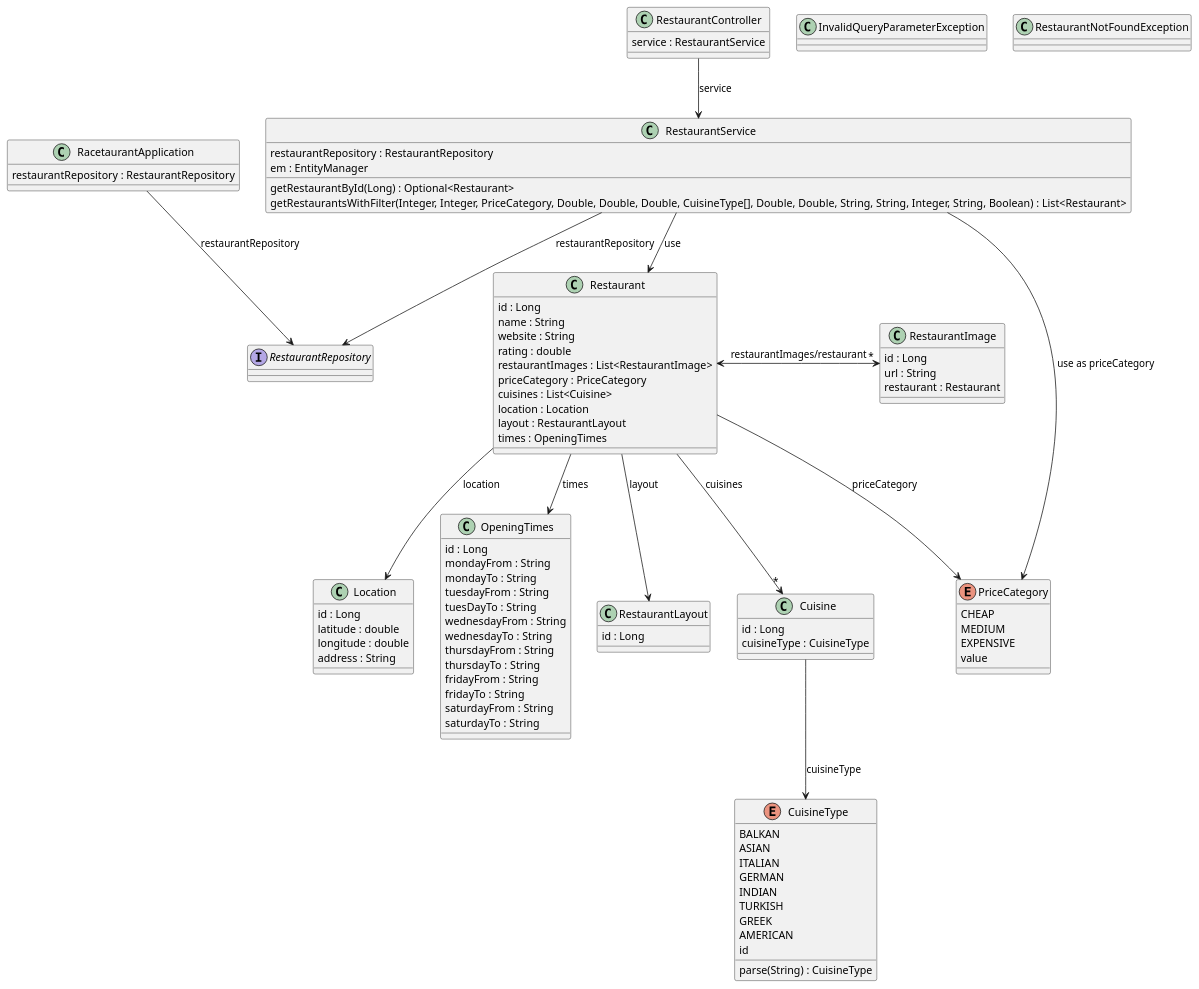
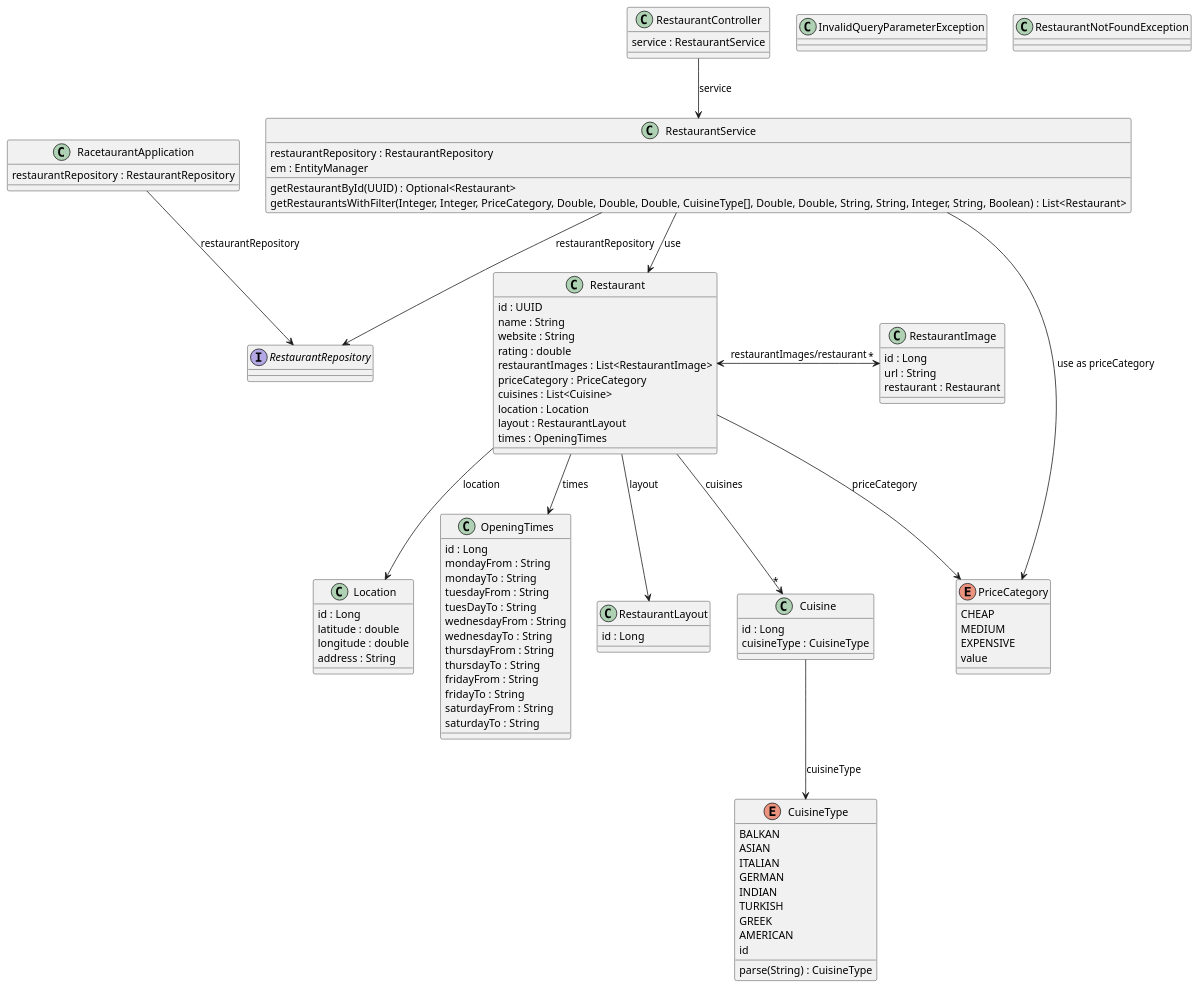
The diagram in docs/analysis_object_model.plantuml (ludwiggr/Racetaurant), drawn with PlantUML before and after one commit. The commit also changed 4 other files, not shown here.

Commit message:
Made Restaurant use UUID as id instead of Long

```diff
--- a/docs/analysis_object_model.plantuml
+++ b/docs/analysis_object_model.plantuml
@@ -1,108 +1,108 @@
 @startuml
 
 class "Cuisine" {
   id : Long
   cuisineType : CuisineType
 }
 
 enum "CuisineType" {
   BALKAN
   ASIAN
   ITALIAN
   GERMAN
   INDIAN
   TURKISH
   GREEK
   AMERICAN
   id
   parse(String) : CuisineType
 }
 
 class "InvalidQueryParameterException"
 
 class "Location" {
   id : Long
   latitude : double
   longitude : double
   address : String
 }
 
 class "OpeningTimes" {
   id : Long
   mondayFrom : String
   mondayTo : String
   tuesdayFrom : String
   tuesDayTo : String
   wednesdayFrom : String
   wednesdayTo : String
   thursdayFrom : String
   thursdayTo : String
   fridayFrom : String
   fridayTo : String
   saturdayFrom : String
   saturdayTo : String
 }
 
 enum "PriceCategory" {
   CHEAP
   MEDIUM
   EXPENSIVE
   value
 }
 
 class "RacetaurantApplication" {
   restaurantRepository : RestaurantRepository
 }
 
 class "Restaurant" {
-  id : Long
+  id : UUID
   name : String
   website : String
   rating : double
   restaurantImages : List<RestaurantImage>
   priceCategory : PriceCategory
   cuisines : List<Cuisine>
   location : Location
   layout : RestaurantLayout
   times : OpeningTimes
 }
 
 class "RestaurantController" {
   service : RestaurantService
 }
 
 class "RestaurantImage" {
   id : Long
   url : String
   restaurant : Restaurant
 }
 
 class "RestaurantLayout" {
   id : Long
 }
 
 class "RestaurantNotFoundException"
 
 interface "RestaurantRepository"
 
 class "RestaurantService" {
   restaurantRepository : RestaurantRepository
   em : EntityManager
-  getRestaurantById(Long) : Optional<Restaurant>
+  getRestaurantById(UUID) : Optional<Restaurant>
   getRestaurantsWithFilter(Integer, Integer, PriceCategory, Double, Double, Double, CuisineType[], Double, Double, String, String, Integer, String, Boolean) : List<Restaurant>
 }
 
 "Cuisine" --> "CuisineType" : cuisineType
 "RacetaurantApplication" --> "RestaurantRepository" : restaurantRepository
 "RestaurantController" --> "RestaurantService" : service
 "Restaurant" --> "*" "Cuisine" : cuisines
 "Restaurant" --> "Location" : location
 "Restaurant" --> "OpeningTimes" : times
 "Restaurant" --> "PriceCategory" : priceCategory
 "Restaurant" <-> "*" "RestaurantImage" : restaurantImages/restaurant
 "Restaurant" --> "RestaurantLayout" : layout
 "RestaurantService" --> "PriceCategory" : use as priceCategory
 "RestaurantService" --> "Restaurant" : use
 "RestaurantService" --> "RestaurantRepository" : restaurantRepository
 
 @enduml
```
